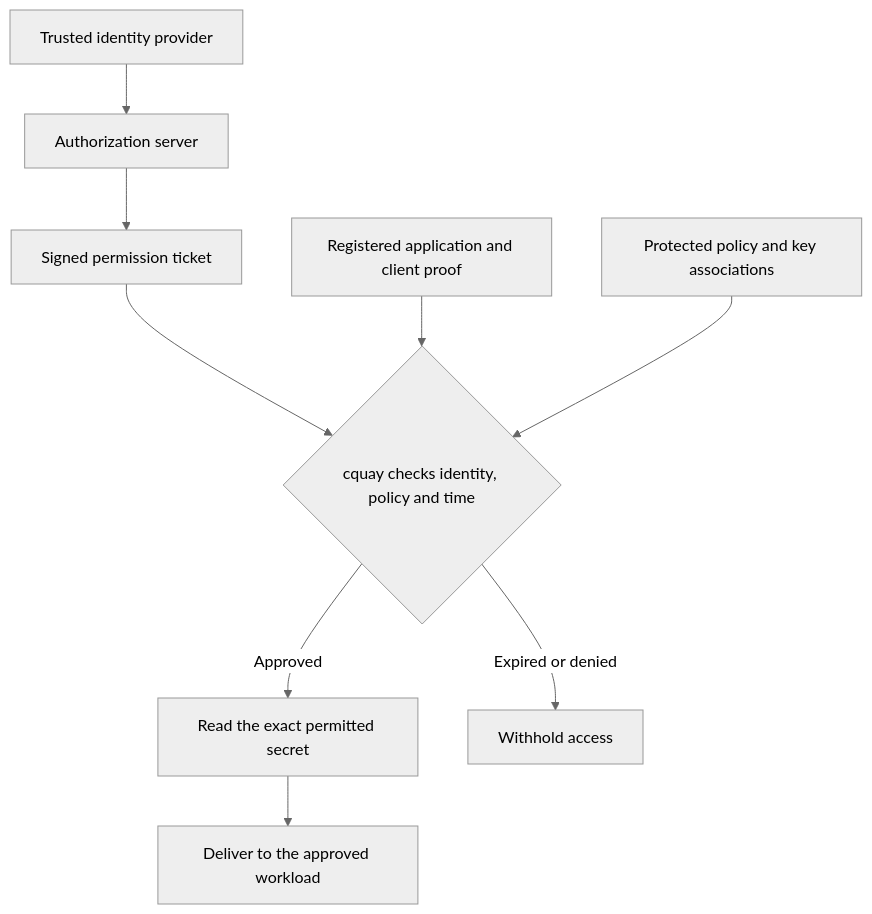
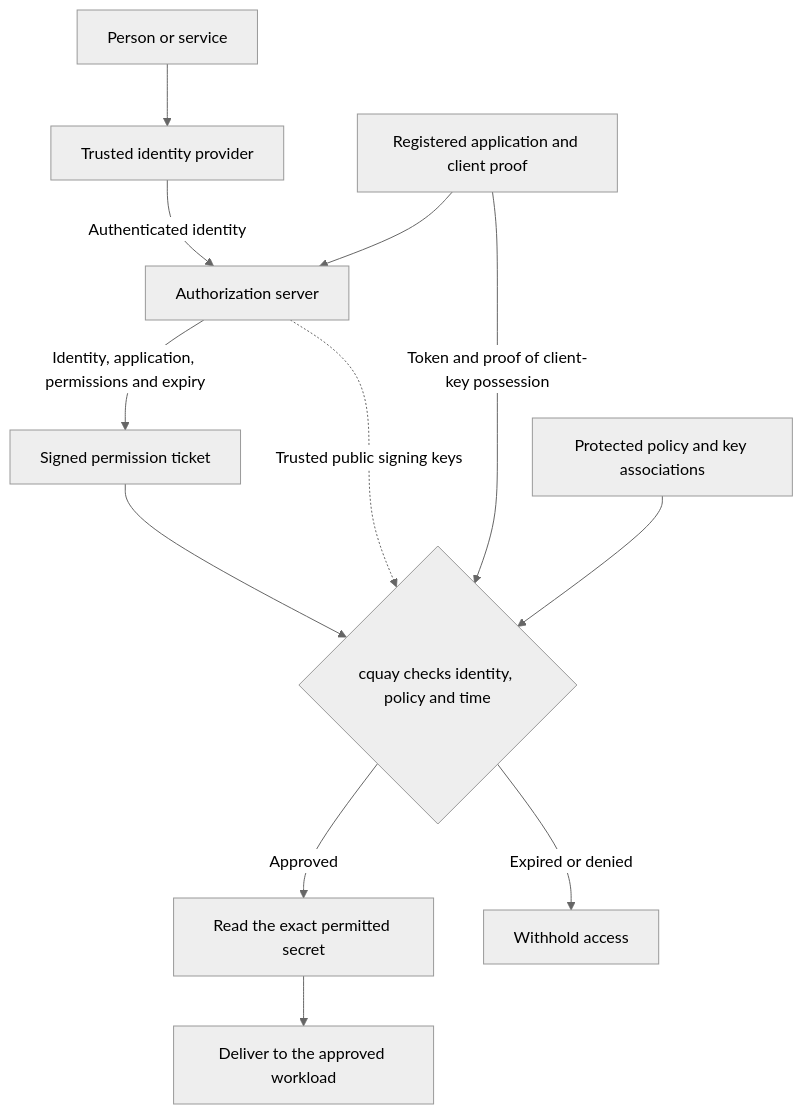
Before and after one commit to maldous/CircularQuay: the first of 2 diagrams in README.md, drawn with Mermaid (neutral theme). The commit also changed other lines of this file and 2 other files, not shown here.

Commit message:
docs: explain v1 identity authorization and expiry across README diagrams

````diff
--- a/README.md
+++ b/README.md
@@ -165,11 +170,14 @@
 ```mermaid
 flowchart TD
-  IDP["Trusted identity provider"] --> AS["Authorization server"]
-  AS --> TICKET["Signed permission ticket"]
+  USER["Person or service"] --> IDP["Trusted identity provider"]
+  IDP -- "Authenticated identity" --> AS["Authorization server"]
+  APP["Registered application and client proof"] --> AS
+  AS -- "Identity, application, permissions and expiry" --> TICKET["Signed permission ticket"]
   TICKET --> CHECK{"cquay checks identity, policy and time"}
-  APP["Registered application and client proof"] --> CHECK
+  AS -. "Trusted public signing keys" .-> CHECK
+  APP -- "Token and proof of client-key possession" --> CHECK
   POLICY["Protected policy and key associations"] --> CHECK
   CHECK -- "Approved" --> SOURCE["Read the exact permitted secret"]
   CHECK -- "Expired or denied" --> DENY["Withhold access"]
   SOURCE --> WORKLOAD["Deliver to the approved workload"]
 ```
````
